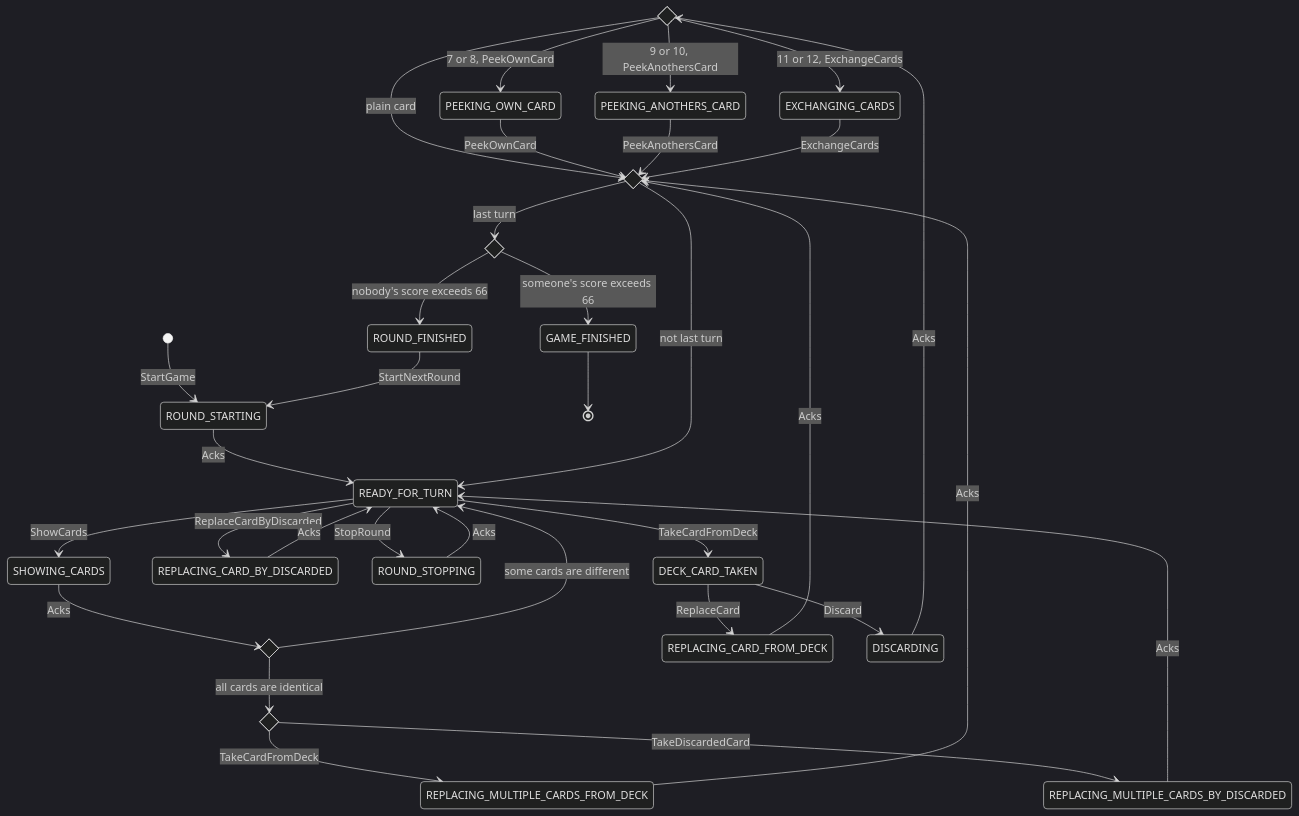
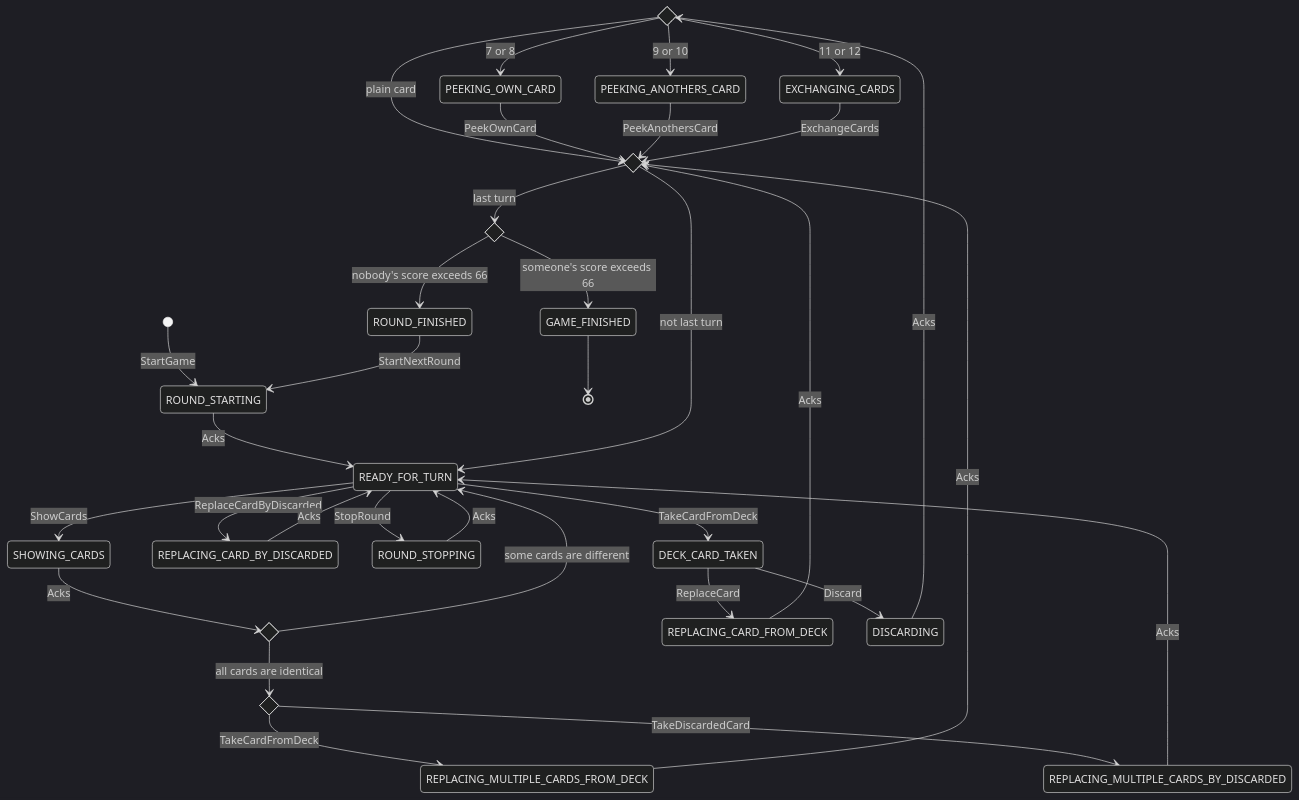
The first of 17 diagrams in README.md (roman-zubarevich/another), drawn with Mermaid (dark theme) before and after one commit.

Commit message:
adjust readme

````diff
--- a/README.md
+++ b/README.md
@@ -7,40 +7,40 @@
 ```mermaid
 stateDiagram-v2
     state discarded <<choice>>
     state comparing_cards <<choice>>
     state replacing_cards <<choice>>
     state turn_done <<choice>>
     state round_done <<choice>>
     [*] --> ROUND_STARTING: StartGame
     ROUND_STARTING --> READY_FOR_TURN: Acks
     READY_FOR_TURN --> DECK_CARD_TAKEN: TakeCardFromDeck
     READY_FOR_TURN --> REPLACING_CARD_BY_DISCARDED: ReplaceCardByDiscarded
     READY_FOR_TURN --> ROUND_STOPPING: StopRound
     READY_FOR_TURN --> SHOWING_CARDS: ShowCards
     SHOWING_CARDS --> comparing_cards: Acks
     comparing_cards --> READY_FOR_TURN: some cards are different
     comparing_cards --> replacing_cards: all cards are identical
     replacing_cards --> REPLACING_MULTIPLE_CARDS_FROM_DECK: TakeCardFromDeck
     replacing_cards --> REPLACING_MULTIPLE_CARDS_BY_DISCARDED: TakeDiscardedCard
     DECK_CARD_TAKEN --> REPLACING_CARD_FROM_DECK: ReplaceCard
     REPLACING_CARD_FROM_DECK --> turn_done: Acks
     DECK_CARD_TAKEN --> DISCARDING: Discard
     DISCARDING --> discarded: Acks
     discarded --> turn_done: plain card
-    discarded --> PEEKING_OWN_CARD: 7 or 8, PeekOwnCard
-    discarded --> PEEKING_ANOTHERS_CARD: 9 or 10, PeekAnothersCard
-    discarded --> EXCHANGING_CARDS: 11 or 12, ExchangeCards
+    discarded --> PEEKING_OWN_CARD: 7 or 8
+    discarded --> PEEKING_ANOTHERS_CARD: 9 or 10
+    discarded --> EXCHANGING_CARDS: 11 or 12
     REPLACING_CARD_BY_DISCARDED --> READY_FOR_TURN: Acks
     REPLACING_MULTIPLE_CARDS_BY_DISCARDED --> READY_FOR_TURN: Acks
     ROUND_STOPPING --> READY_FOR_TURN: Acks
     REPLACING_MULTIPLE_CARDS_FROM_DECK --> turn_done: Acks
     PEEKING_OWN_CARD --> turn_done: PeekOwnCard
     PEEKING_ANOTHERS_CARD --> turn_done: PeekAnothersCard
     EXCHANGING_CARDS --> turn_done: ExchangeCards
     turn_done --> READY_FOR_TURN: not last turn
     turn_done --> round_done: last turn
     round_done --> ROUND_FINISHED: nobody's score exceeds 66
     round_done --> GAME_FINISHED: someone's score exceeds 66
     ROUND_FINISHED --> ROUND_STARTING: StartNextRound
     GAME_FINISHED --> [*]
 ```
````
